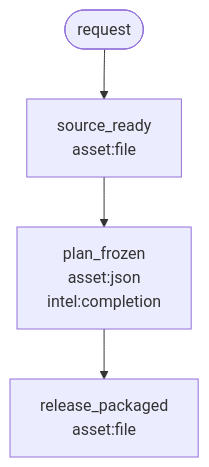
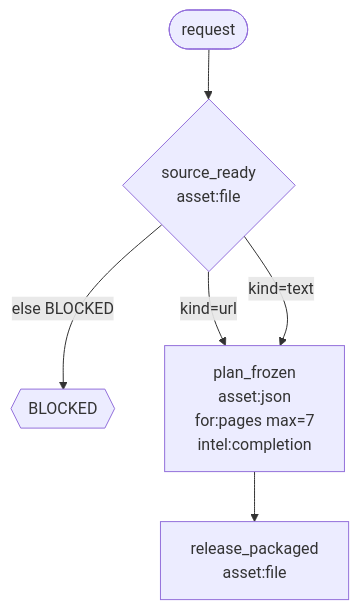
Before and after one commit to dse120071750/m8m-harness-builder: the second of 2 diagrams in README.md, drawn with Mermaid. The commit also changed other lines of this file and 16 other files, not shown here.

````diff
--- a/README.md
+++ b/README.md
@@ -276,7 +296,11 @@
 ```mermaid
 flowchart TD
     request([request]) --> source_ready
-    source_ready["source_ready<br/>asset:file"] --> plan_frozen
-    plan_frozen["plan_frozen<br/>asset:json<br/>intel:completion"] --> release_packaged
+    source_ready{source_ready<br/>asset:file}
+    blocked_source_ready{{BLOCKED}}
+    source_ready -->|"kind=url"| plan_frozen
+    source_ready -->|"kind=text"| plan_frozen
+    source_ready -->|"else BLOCKED"| blocked_source_ready
+    plan_frozen["plan_frozen<br/>asset:json<br/>for:pages max=7<br/>intel:completion"] --> release_packaged
     release_packaged["release_packaged<br/>asset:file"]
 ```
````
